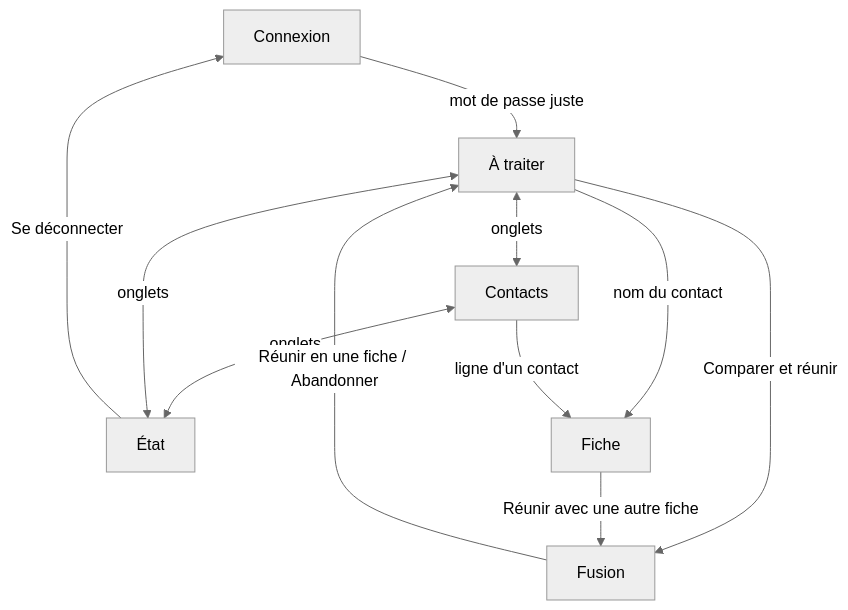
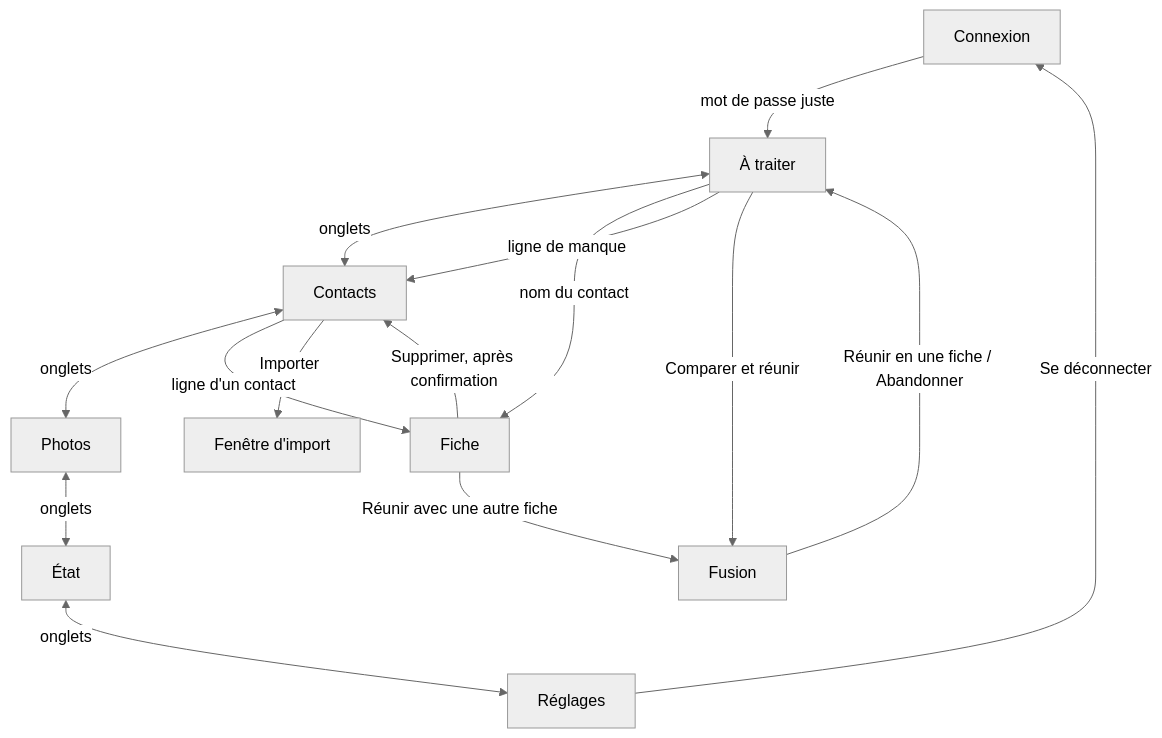
The diagram in docs/dossier.md (baloodusudouest/carnet), drawn with Mermaid (neutral theme) before and after one commit. The commit also changed other lines of this file and 9 other files, not shown here.

````diff
--- a/docs/dossier.md
+++ b/docs/dossier.md
@@ -73,13 +75,17 @@
 ```mermaid
 flowchart TD
   C[Connexion] -->|mot de passe juste| T[À traiter]
   T <-->|onglets| L[Contacts]
-  L <-->|onglets| E[État]
-  T <-->|onglets| E
+  L <-->|onglets| P[Photos]
+  P <-->|onglets| E[État]
+  E <-->|onglets| R[Réglages]
   T -->|nom du contact| F[Fiche]
+  T -->|ligne de manque| L
   T -->|Comparer et réunir| U[Fusion]
   L -->|ligne d'un contact| F
+  L -->|Importer| I[Fenêtre d'import]
   F -->|Réunir avec une autre fiche| U
+  F -->|Supprimer, après confirmation| L
   U -->|Réunir en une fiche / Abandonner| T
-  E -->|Se déconnecter| C
+  R -->|Se déconnecter| C
 ```
````
